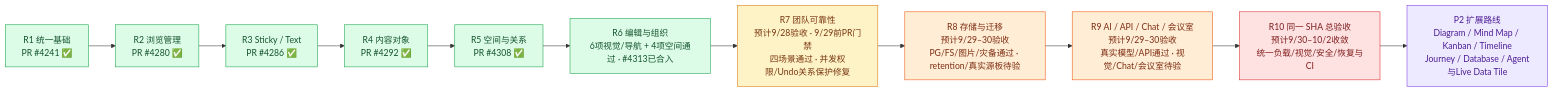
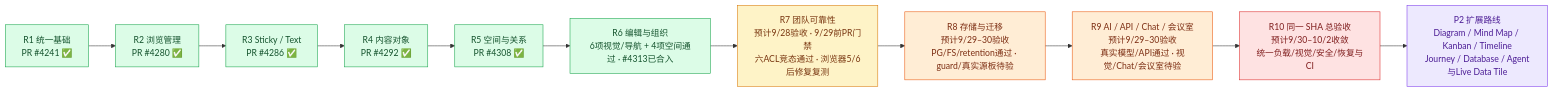
Before and after one commit to boardx/workspacex: the first of 4 diagrams in phases/phase-19-board-visual-workspace/design-deltas/2026-09-26-unified-board-plan.md, drawn with Mermaid. The commit also changed other lines of this file, not shown here.

Commit message:
docs(board): refresh integrated acceptance and UI delivery status

````diff
--- a/phases/phase-19-board-visual-workspace/design-deltas/2026-09-26-unified-board-plan.md
+++ b/phases/phase-19-board-visual-workspace/design-deltas/2026-09-26-unified-board-plan.md
@@ -25,20 +25,20 @@
 ```mermaid
 flowchart LR
   R1["R1 统一基础<br/>PR #4241 ✅"]:::merged --> R2["R2 浏览管理<br/>PR #4280 ✅"]:::merged
   R2 --> R3["R3 Sticky / Text<br/>PR #4286 ✅"]:::merged
   R3 --> R4["R4 内容对象<br/>PR #4292 ✅"]:::merged
   R4 --> R5["R5 空间与关系<br/>PR #4308 ✅"]:::merged
   R5 --> R6["R6 编辑与组织<br/>6项视觉/导航 + 4项空间通过 · #4313已合入"]:::merged
-  R6 --> R7["R7 团队可靠性<br/>预计9/28验收 · 9/29前PR门禁<br/>四场景通过 · 并发权限/Undo关系保护修复"]:::accepting
-  R7 --> R8["R8 存储与迁移<br/>预计9/29–30验收<br/>PG/FS/图片/灾备通过 · retention/真实源板待验"]:::working
+  R6 --> R7["R7 团队可靠性<br/>预计9/28验收 · 9/29前PR门禁<br/>六ACL竞态通过 · 浏览器5/6后修复复测"]:::accepting
+  R7 --> R8["R8 存储与迁移<br/>预计9/29–30验收<br/>PG/FS/retention通过 · guard/真实源板待验"]:::working
   R8 --> R9["R9 AI / API / Chat / 会议室<br/>预计9/29–30验收<br/>真实模型/API通过 · 视觉/Chat/会议室待验"]:::working
   R9 --> R10["R10 同一 SHA 总验收<br/>预计9/30–10/2收敛<br/>统一负载/视觉/安全/恢复与CI"]:::blocked
   R10 --> P2["P2 扩展路线<br/>Diagram / Mind Map / Kanban / Timeline<br/>Journey / Database / Agent与Live Data Tile"]:::future
   classDef merged fill:#dcfce7,stroke:#16a34a,color:#14532d
   classDef accepting fill:#fef3c7,stroke:#d97706,color:#78350f
   classDef ready fill:#dbeafe,stroke:#2563eb,color:#1e3a8a
   classDef working fill:#ffedd5,stroke:#ea580c,color:#7c2d12
   classDef blocked fill:#fee2e2,stroke:#dc2626,color:#7f1d1d
   classDef todo fill:#f1f5f9,stroke:#64748b,color:#334155
   classDef future fill:#ede9fe,stroke:#7c3aed,color:#4c1d95
 ```
````
